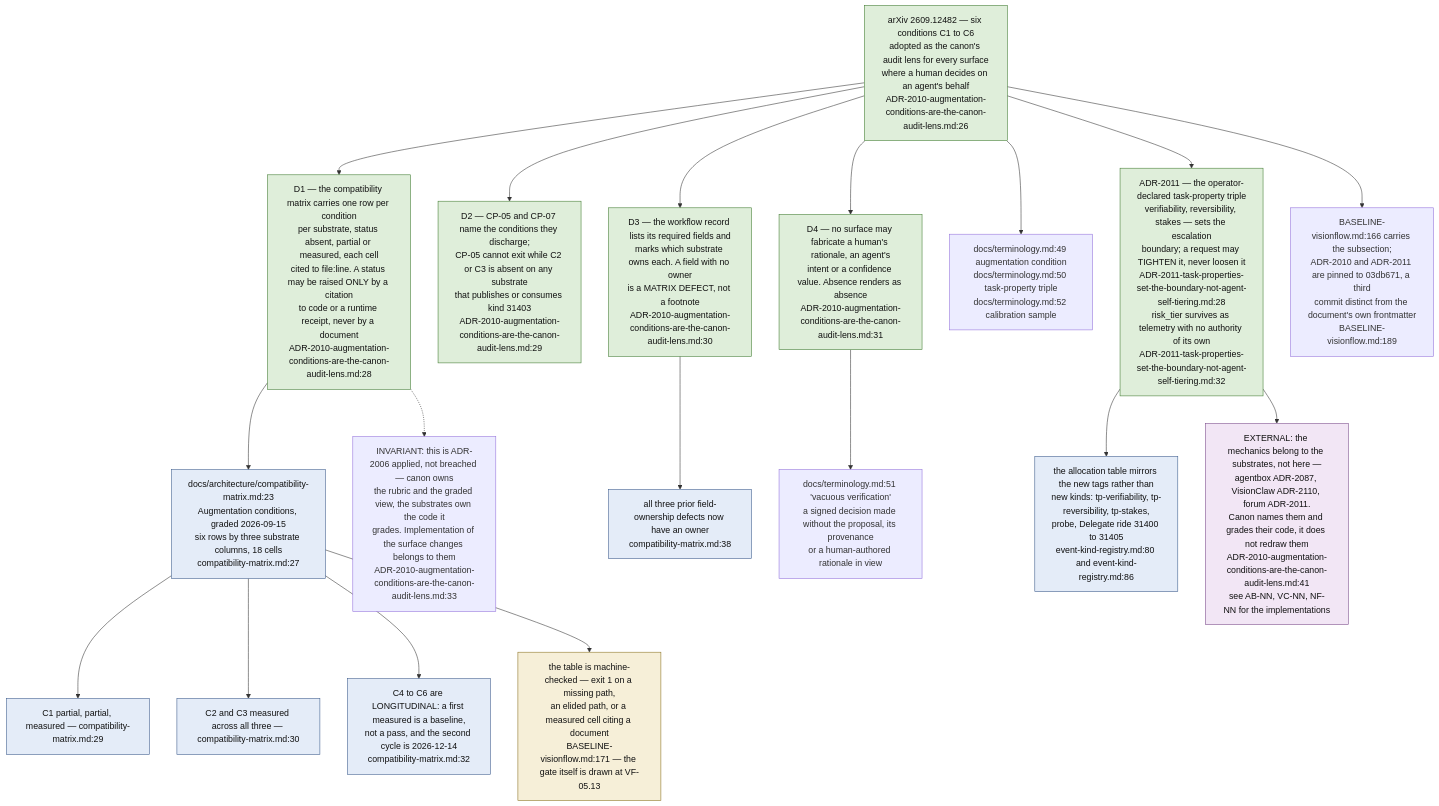
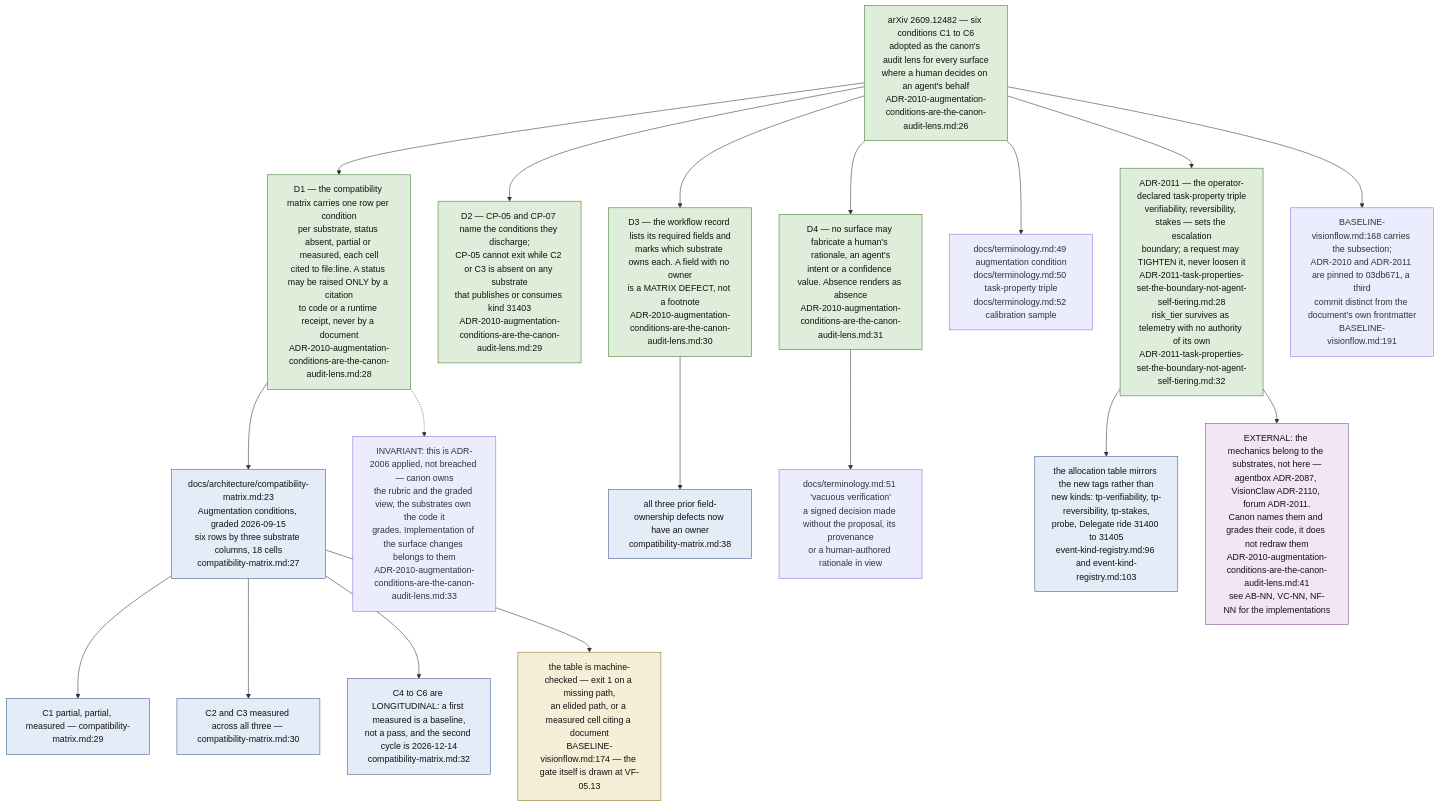
The ninth of 11 diagrams in docs/diagrams/visionflow/01-repo-composition-and-canon.md (DreamLab-AI/VisionFlow), drawn with Mermaid before and after one commit. The commit also changed other lines of this file and 136 other files, not shown here.

First line of the commit message:
docs(diagrams): refresh the whole corpus to code HEAD and prune low-value diagrams

````diff
--- a/docs/diagrams/visionflow/01-repo-composition-and-canon.md
+++ b/docs/diagrams/visionflow/01-repo-composition-and-canon.md
@@ -411,38 +325,38 @@
 ```mermaid
 flowchart TB
     classDef rec fill:#dfeeda,stroke:#3f7a2f,color:#111
     classDef tbl fill:#e4ecf8,stroke:#3a5a8a,color:#111
     classDef gate fill:#f6efd8,stroke:#8a7020,color:#111
     classDef ext fill:#f2e6f5,stroke:#7a4a8a,color:#111
 
     SRC["arXiv 2609.12482 — six conditions C1 to C6<br/>adopted as the canon's audit lens for every surface<br/>where a human decides on an agent's behalf<br/>ADR-2010-augmentation-conditions-are-the-canon-audit-lens.md:26"]:::rec
 
     SRC --> D1["D1 — the compatibility matrix carries one row per condition<br/>per substrate, status absent, partial or measured, each cell<br/>cited to file:line. A status may be raised ONLY by a citation<br/>to code or a runtime receipt, never by a document<br/>ADR-2010-augmentation-conditions-are-the-canon-audit-lens.md:28"]:::rec
     SRC --> D2["D2 — CP-05 and CP-07 name the conditions they discharge;<br/>CP-05 cannot exit while C2 or C3 is absent on any substrate<br/>that publishes or consumes kind 31403<br/>ADR-2010-augmentation-conditions-are-the-canon-audit-lens.md:29"]:::rec
     SRC --> D3["D3 — the workflow record lists its required fields and<br/>marks which substrate owns each. A field with no owner<br/>is a MATRIX DEFECT, not a footnote<br/>ADR-2010-augmentation-conditions-are-the-canon-audit-lens.md:30"]:::rec
     SRC --> D4["D4 — no surface may fabricate a human's rationale, an agent's<br/>intent or a confidence value. Absence renders as absence<br/>ADR-2010-augmentation-conditions-are-the-canon-audit-lens.md:31"]:::rec
 
     D1 --> TBL["docs/architecture/compatibility-matrix.md:23<br/>Augmentation conditions, graded 2026-09-15<br/>six rows by three substrate columns, 18 cells<br/>compatibility-matrix.md:27"]:::tbl
     TBL --> R1["C1 partial, partial, measured — compatibility-matrix.md:29"]:::tbl
     TBL --> R2["C2 and C3 measured across all three — compatibility-matrix.md:30"]:::tbl
     TBL --> R3["C4 to C6 are LONGITUDINAL: a first measured is a baseline,<br/>not a pass, and the second cycle is 2026-12-14<br/>compatibility-matrix.md:32"]:::tbl
     D3 --> OWN["all three prior field-ownership defects now have an owner<br/>compatibility-matrix.md:38"]:::tbl
 
-    TBL --> GATE["the table is machine-checked — exit 1 on a missing path,<br/>an elided path, or a measured cell citing a document<br/>BASELINE-visionflow.md:171 — the gate itself is drawn at VF-05.13"]:::gate
+    TBL --> GATE["the table is machine-checked — exit 1 on a missing path,<br/>an elided path, or a measured cell citing a document<br/>BASELINE-visionflow.md:174 — the gate itself is drawn at VF-05.13"]:::gate
 
     D4 --> VOCAB["docs/terminology.md:51 'vacuous verification'<br/>a signed decision made without the proposal, its provenance<br/>or a human-authored rationale in view"]
     SRC --> VOCAB2["docs/terminology.md:49 augmentation condition<br/>docs/terminology.md:50 task-property triple<br/>docs/terminology.md:52 calibration sample"]
 
     TIER["ADR-2011 — the operator-declared task-property triple<br/>verifiability, reversibility, stakes — sets the escalation<br/>boundary; a request may TIGHTEN it, never loosen it<br/>ADR-2011-task-properties-set-the-boundary-not-agent-self-tiering.md:28<br/>risk_tier survives as telemetry with no authority of its own<br/>ADR-2011-task-properties-set-the-boundary-not-agent-self-tiering.md:32"]:::rec
     SRC --> TIER
-    TIER --> KINDS["the allocation table mirrors the new tags rather than<br/>new kinds: tp-verifiability, tp-reversibility, tp-stakes,<br/>probe, Delegate ride 31400 to 31405<br/>event-kind-registry.md:80 and event-kind-registry.md:86"]:::tbl
+    TIER --> KINDS["the allocation table mirrors the new tags rather than<br/>new kinds: tp-verifiability, tp-reversibility, tp-stakes,<br/>probe, Delegate ride 31400 to 31405<br/>event-kind-registry.md:96 and event-kind-registry.md:103"]:::tbl
 
-    BASE["BASELINE-visionflow.md:166 carries the subsection;<br/>ADR-2010 and ADR-2011 are pinned to 03db671, a third<br/>commit distinct from the document's own frontmatter<br/>BASELINE-visionflow.md:189"]
+    BASE["BASELINE-visionflow.md:168 carries the subsection;<br/>ADR-2010 and ADR-2011 are pinned to 03db671, a third<br/>commit distinct from the document's own frontmatter<br/>BASELINE-visionflow.md:191"]
     SRC --> BASE
 
     SIB["EXTERNAL: the mechanics belong to the substrates, not here —<br/>agentbox ADR-2087, VisionClaw ADR-2110, forum ADR-2011.<br/>Canon names them and grades their code, it does not redraw them<br/>ADR-2010-augmentation-conditions-are-the-canon-audit-lens.md:41<br/>see AB-NN, VC-NN, NF-NN for the implementations"]:::ext
     TIER --> SIB
 
     SCOPE["INVARIANT: this is ADR-2006 applied, not breached — canon owns<br/>the rubric and the graded view, the substrates own the code it<br/>grades. Implementation of the surface changes belongs to them<br/>ADR-2010-augmentation-conditions-are-the-canon-audit-lens.md:33"]
     D1 -.-> SCOPE
 ```
````
